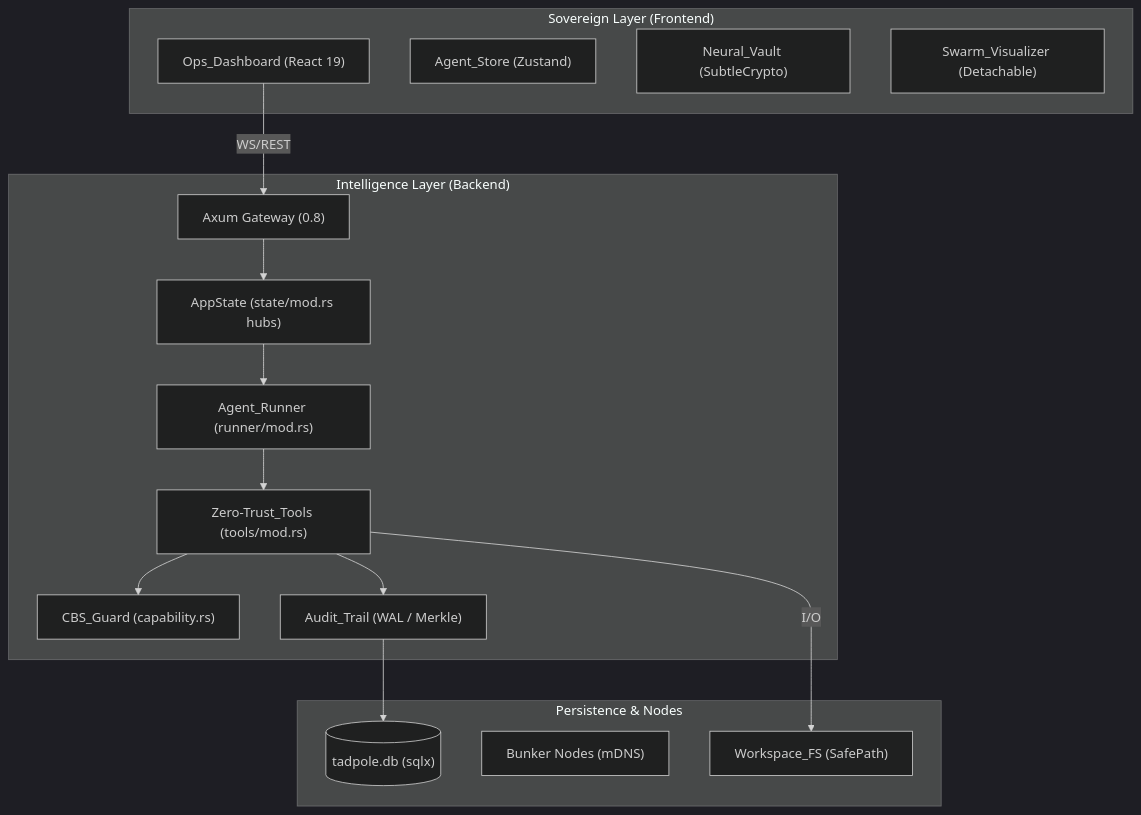
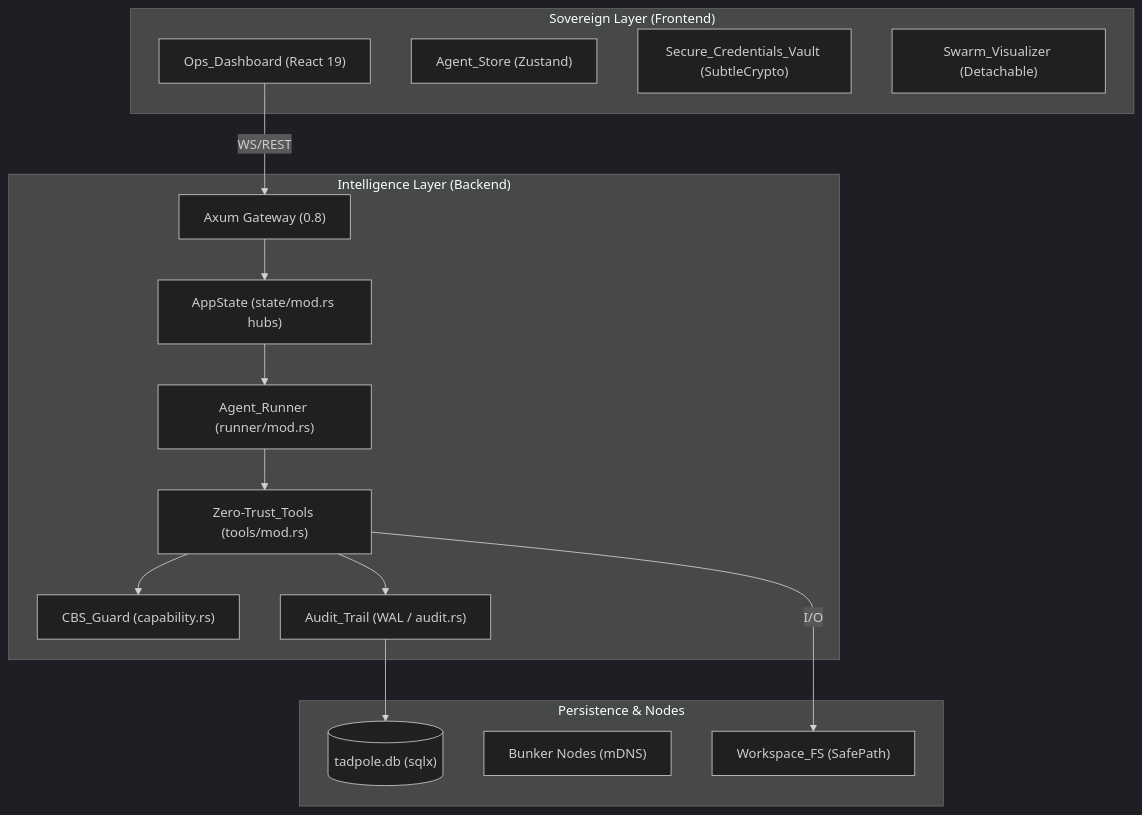
The diagram in docs/Architecture_Overview.md (DDS-Solutions/AI-TadPole-OS), drawn with Mermaid (dark theme) before and after one commit. The commit also changed other lines of this file and 17 other files, not shown here.

````diff
--- a/docs/Architecture_Overview.md
+++ b/docs/Architecture_Overview.md
@@ -49,33 +49,33 @@
 ```mermaid
 graph TD
     subgraph "Sovereign Layer (Frontend)"
         Dashboard["Ops_Dashboard (React 19)"]
         Registry["Agent_Store (Zustand)"]
-        Vault["Neural_Vault (SubtleCrypto)"]
+        Vault["Secure_Credentials_Vault (SubtleCrypto)"]
         Visualizer["Swarm_Visualizer (Detachable)"]
     end
 
     subgraph "Intelligence Layer (Backend)"
         Axum["Axum Gateway (0.8)"]
         State["AppState (state/mod.rs hubs)"]
         Runner["Agent_Runner (runner/mod.rs)"]
         Tools["Zero-Trust_Tools (tools/mod.rs)"]
         CBS["CBS_Guard (capability.rs)"]
-        Audit["Audit_Trail (WAL / Merkle)"]
+        Audit["Audit_Trail (WAL / audit.rs)"]
     end
 
     subgraph "Persistence & Nodes"
         SQLite[("tadpole.db (sqlx)")]
         Bunker["Bunker Nodes (mDNS)"]
         Files["Workspace_FS (SafePath)"]
     end
 
     Dashboard -- "WS/REST" --> Axum
     Axum --> State
     State --> Runner
     Runner --> Tools
     Tools --> CBS
     Tools --> Audit
     Audit --> SQLite
     Tools -- "I/O" --> Files
 ```
````
